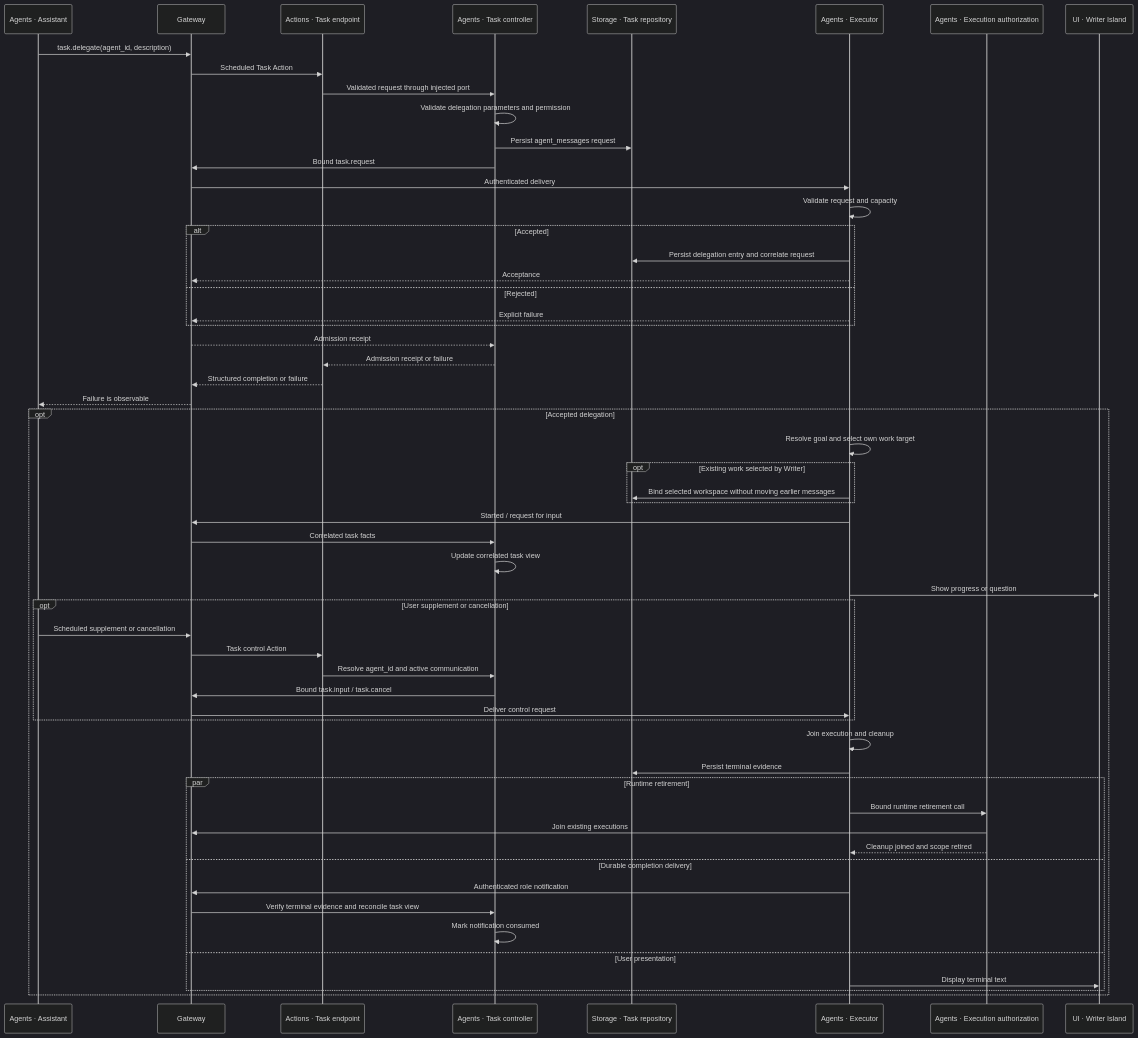
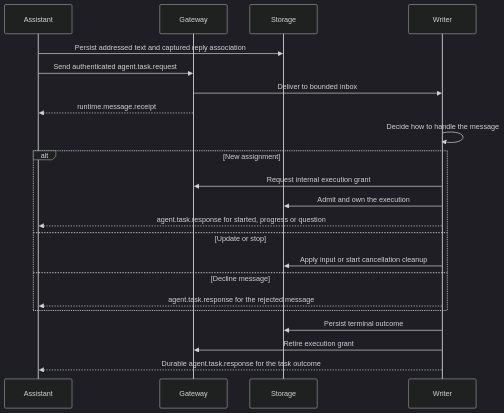
One commit to devilyouwei/MobileHarness changed the sixth of 27 diagrams in MobileHarness/README.md. Above: the diagram before and after it, drawn with Mermaid (dark theme). The commit also changed other lines of this file and 172 other files, not shown here.

Commit message:
Refine runtime logging and agent task communication

````diff
--- a/MobileHarness/README.md
+++ b/MobileHarness/README.md
@@ -430,59 +430,24 @@
 ```mermaid
 sequenceDiagram
-    participant A as Agents · Assistant
+    participant A as Assistant
     participant G as Gateway
-    participant X as Actions · Task endpoint
-    participant H as Agents · Task controller
-    participant S as Storage · Task repository
-    participant E as Agents · Executor
-    participant R as Agents · Execution authorization
-    participant I as UI · Writer Island
-    A->>G: task.delegate(agent_id, description)
-    G->>X: Scheduled Task Action
-    X->>H: Validated request through injected port
-    H->>H: Validate delegation parameters and permission
-    H->>S: Persist agent_messages request
-    H->>G: Bound task.request
-    G->>E: Authenticated delivery
-    E->>E: Validate request and capacity
-    alt Accepted
-        E->>S: Persist delegation entry and correlate request
-        E-->>G: Acceptance
-    else Rejected
-        E-->>G: Explicit failure
+    participant S as Storage
+    participant W as Writer
+    A->>S: Persist addressed text and captured reply association
+    A->>G: Send authenticated agent.task.request
+    G->>W: Deliver to bounded inbox
+    G-->>A: runtime.message.receipt
+    W->>W: Decide how to handle the message
+    alt New assignment
+        W->>G: Request internal execution grant
+        W->>S: Admit and own the execution
+        W-->>A: agent.task.response for started, progress or question
+    else Update or stop
+        W->>S: Apply input or start cancellation cleanup
+    else Decline message
+        W-->>A: agent.task.response for the rejected message
     end
-    G-->>H: Admission receipt
-    H-->>X: Admission receipt or failure
-    X-->>G: Structured completion or failure
-    G-->>A: Failure is observable
-    opt Accepted delegation
-        E->>E: Resolve goal and select own work target
-        opt Existing work selected by Writer
-            E->>S: Bind selected workspace without moving earlier messages
-        end
-        E->>G: Started / request for input
-        G->>H: Correlated task facts
-        H->>H: Update correlated task view
-        E->>I: Show progress or question
-        opt User supplement or cancellation
-            A->>G: Scheduled supplement or cancellation
-            G->>X: Task control Action
-            X->>H: Resolve agent_id and active communication
-            H->>G: Bound task.input / task.cancel
-            G->>E: Deliver control request
-        end
-        E->>E: Join execution and cleanup
-        E->>S: Persist terminal evidence
-        par Runtime retirement
-            E->>R: Bound runtime retirement call
-            R->>G: Join existing executions
-            R-->>E: Cleanup joined and scope retired
-        and Durable completion delivery
-            E->>G: Authenticated role notification
-            G->>H: Verify terminal evidence and reconcile task view
-            H->>H: Mark notification consumed
-        and User presentation
-            E->>I: Display terminal text
-        end
-    end
+    W->>S: Persist terminal outcome
+    W->>G: Retire execution grant
+    W-->>A: Durable agent.task.response for the task outcome
 ```
````
